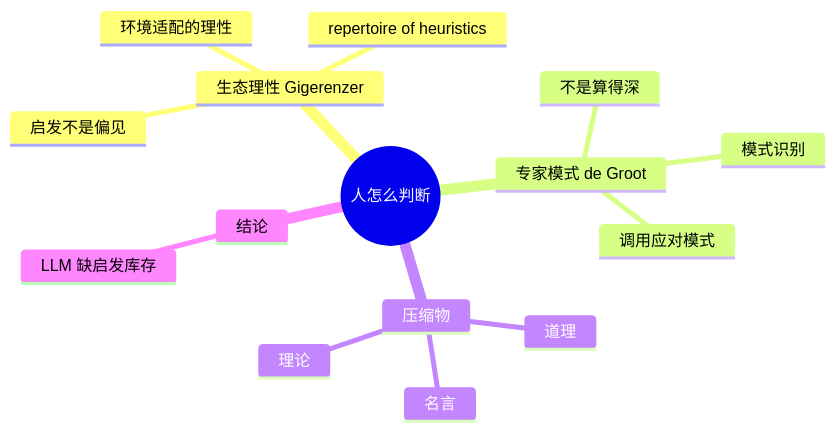
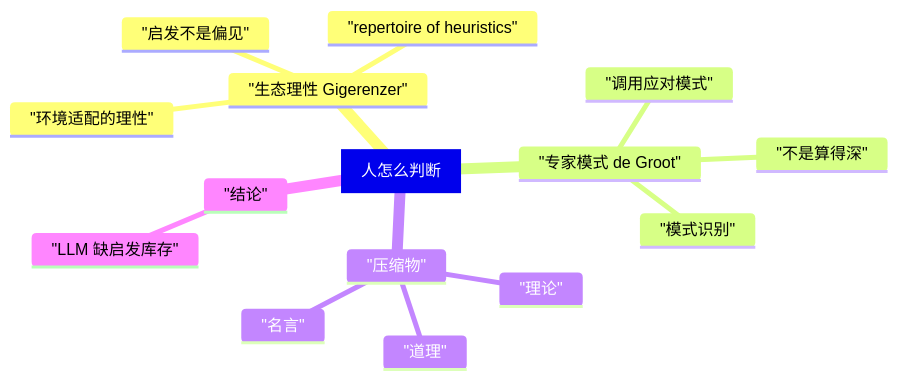
Before and after one commit to aptshark-g/DialogMesh: the third of 12 diagrams in docs/blog/chapter3_second_order_abstraction.md, drawn with Mermaid. The commit also changed other lines of this file, not shown here.

Commit message:
docs(blog): chapter3 §8.5 重写 — RAG 应用与冷热系统(A15)融合: 不再是孤立检索技巧. 温度管时间轴(A15: Hot/Warm/Cold/Frozen) × 价值管稀缺轴(A7: I=-log2P) 二维保留策略; 降温=换表示非删除(二阶抽象=降温机制: 聚类凝练=Cold→Frozen, 反事实=Frozen→Hot 语义唤醒 BGE>0.8); 普通RAG盲区=无温度无价值轴; 高价值召回=反事实猜想桥=语义唤醒. 新增 mermaid 温度轴×价值轴双轴图. 收尾: 冷热系统=二阶抽象的存储侧, 二阶抽象=冷热系统的检索侧, 同一枚硬币两面

````diff
--- a/docs/blog/chapter3_second_order_abstraction.md
+++ b/docs/blog/chapter3_second_order_abstraction.md
@@ -144,18 +144,18 @@
 ```mermaid
 mindmap
-  root((人怎么判断))
-    生态理性 Gigerenzer
-      启发不是偏见
-      环境适配的理性
-      repertoire of heuristics
-    专家模式 de Groot
-      不是算得深
-      模式识别
-      调用应对模式
-    压缩物
-      道理
-      理论
-      名言
-    结论
-      LLM 缺启发库存
+  root["人怎么判断"]
+    "生态理性 Gigerenzer"
+      "启发不是偏见"
+      "环境适配的理性"
+      "repertoire of heuristics"
+    "专家模式 de Groot"
+      "不是算得深"
+      "模式识别"
+      "调用应对模式"
+    "压缩物"
+      "道理"
+      "理论"
+      "名言"
+    "结论"
+      "LLM 缺启发库存"
 ```
````
